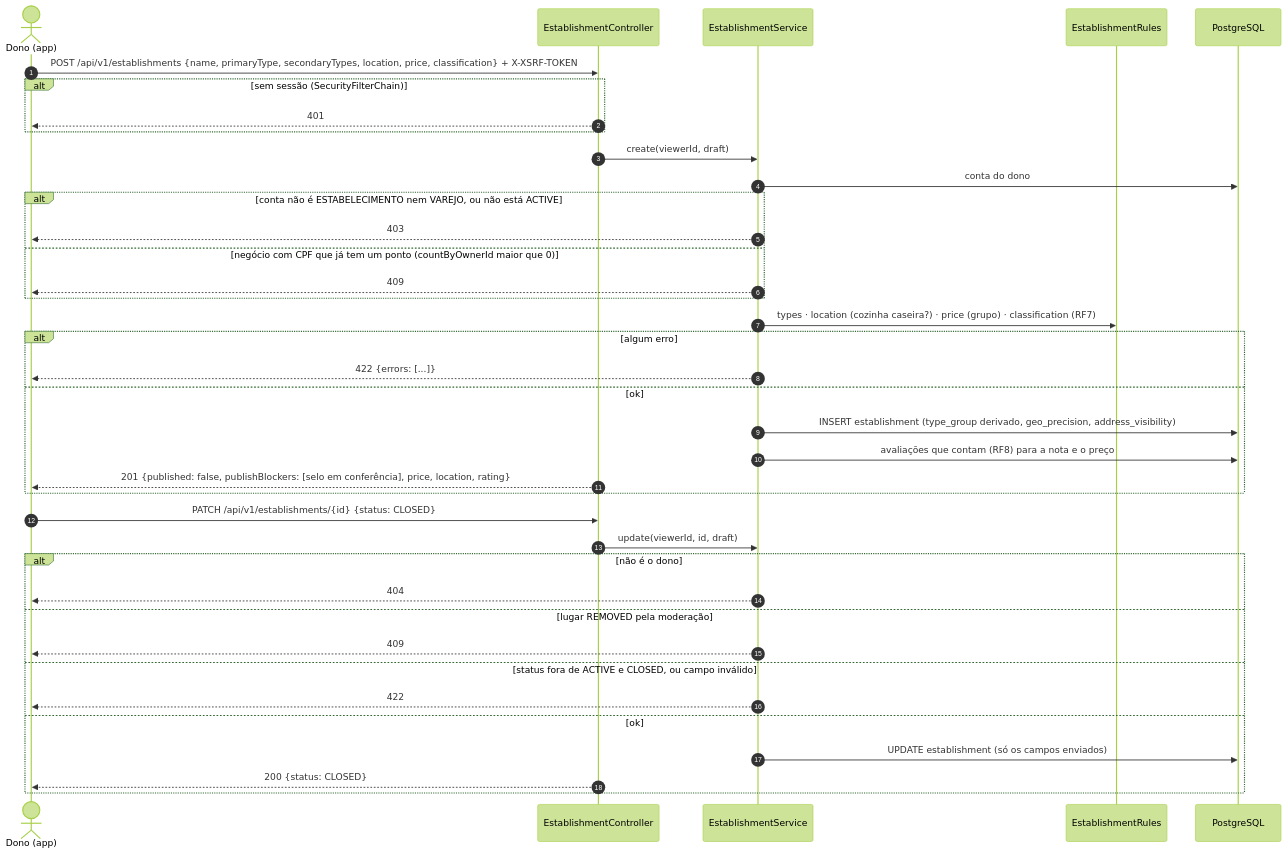
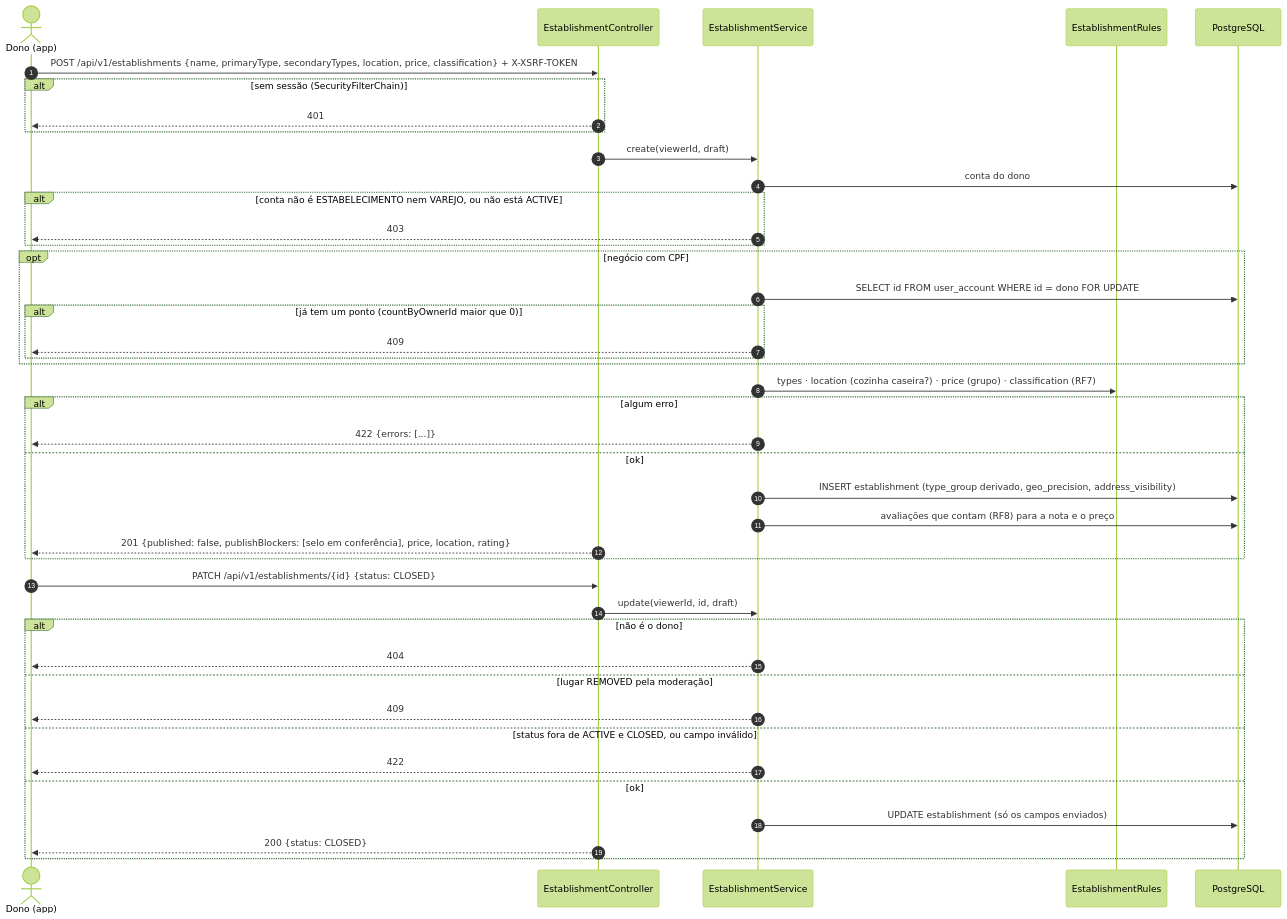
The first of 2 diagrams in docs/RF6/sequencia.md (MatheusHaliski/Friendly-Eats), drawn with Mermaid (forest theme) before and after one commit. The commit also changed 5 other files, not shown here.

First line of the commit message:
RF6: um único ponto com CPF mesmo em cadastros simultâneos; cozinha caseira pela conta atual

````diff
--- a/docs/RF6/sequencia.md
+++ b/docs/RF6/sequencia.md
@@ -5,41 +5,45 @@
 ```mermaid
 sequenceDiagram
     autonumber
     actor D as Dono (app)
     participant API as EstablishmentController
     participant S as EstablishmentService
     participant R as EstablishmentRules
     participant DB as PostgreSQL
 
     D->>API: POST /api/v1/establishments {name, primaryType, secondaryTypes, location, price, classification} + X-XSRF-TOKEN
     alt sem sessão (SecurityFilterChain)
         API-->>D: 401
     end
     API->>S: create(viewerId, draft)
     S->>DB: conta do dono
     alt conta não é ESTABELECIMENTO nem VAREJO, ou não está ACTIVE
         S-->>D: 403
-    else negócio com CPF que já tem um ponto (countByOwnerId maior que 0)
-        S-->>D: 409
+    end
+    opt negócio com CPF
+        S->>DB: SELECT id FROM user_account WHERE id = dono FOR UPDATE
+        alt já tem um ponto (countByOwnerId maior que 0)
+            S-->>D: 409
+        end
     end
     S->>R: types · location (cozinha caseira?) · price (grupo) · classification (RF7)
     alt algum erro
         S-->>D: 422 {errors: [...]}
     else ok
         S->>DB: INSERT establishment (type_group derivado, geo_precision, address_visibility)
         S->>DB: avaliações que contam (RF8) para a nota e o preço
         API-->>D: 201 {published: false, publishBlockers: [selo em conferência], price, location, rating}
     end
     D->>API: PATCH /api/v1/establishments/{id} {status: CLOSED}
     API->>S: update(viewerId, id, draft)
     alt não é o dono
         S-->>D: 404
     else lugar REMOVED pela moderação
         S-->>D: 409
     else status fora de ACTIVE e CLOSED, ou campo inválido
         S-->>D: 422
     else ok
         S->>DB: UPDATE establishment (só os campos enviados)
         API-->>D: 200 {status: CLOSED}
     end
 ```
````
